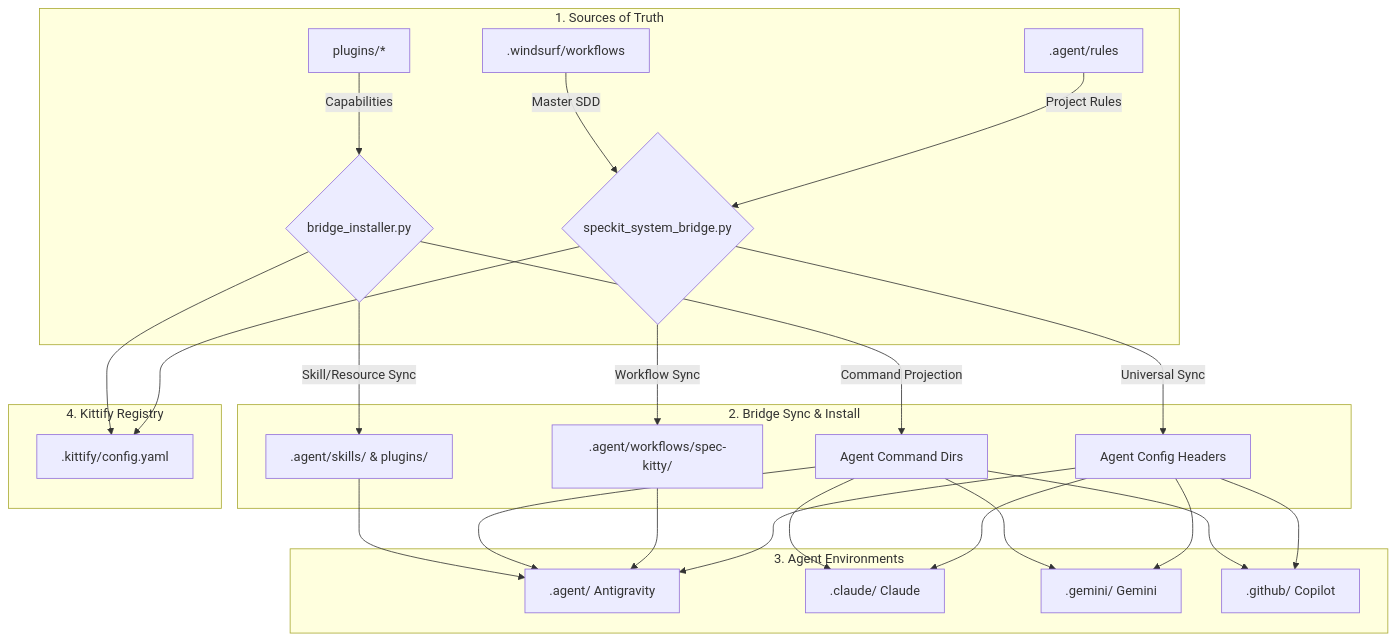
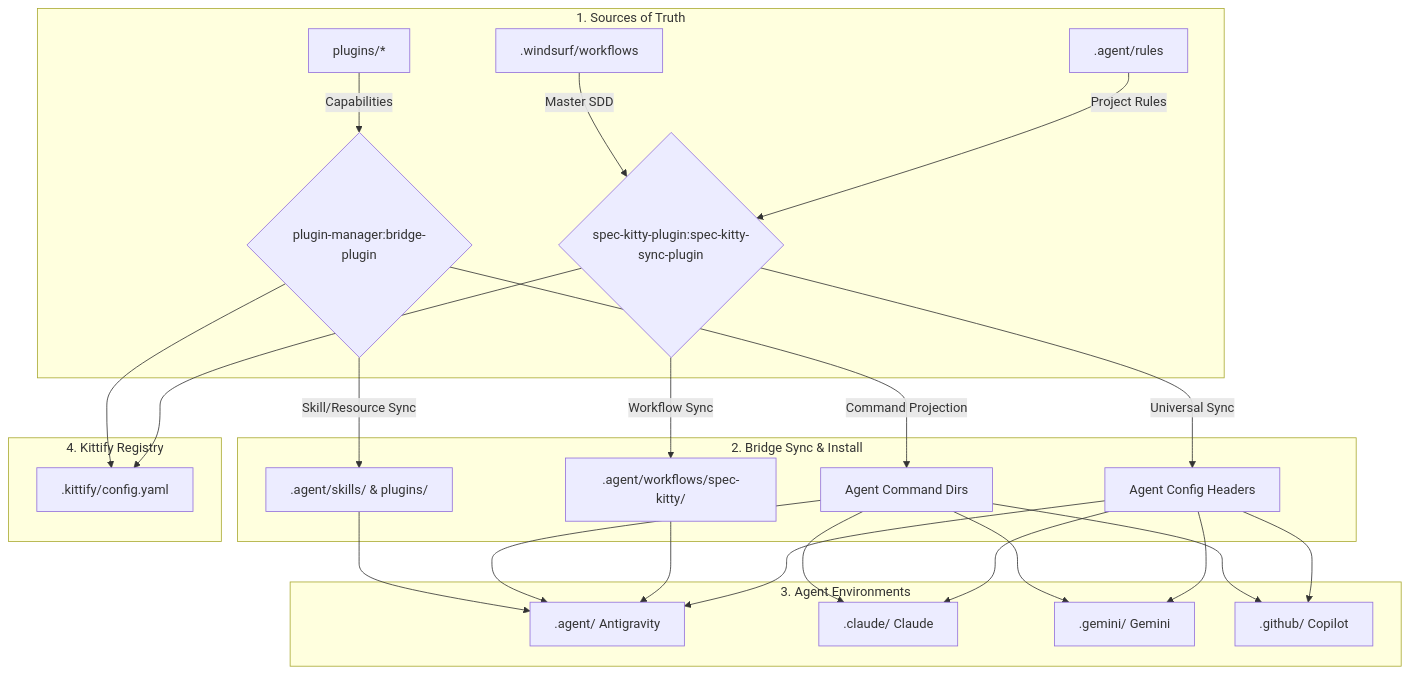
Before and after one commit to richfrem/agent-plugins-skills: the diagram in plugins/spec-kitty-plugin/skills/spec-kitty-agent/references/bridge_process.mmd, drawn with Mermaid. The commit also changed 85 other files, not shown here.

```diff
--- a/plugins/spec-kitty-plugin/skills/spec-kitty-agent/references/bridge_process.mmd
+++ b/plugins/spec-kitty-plugin/skills/spec-kitty-agent/references/bridge_process.mmd
@@ -1,25 +1,25 @@
 flowchart TD
     subgraph Sources [1. Sources of Truth]
-        A[.agent/rules] -->|Project Rules| B{speckit_system_bridge.py}
+        A[.agent/rules] -->|Project Rules| B{"spec-kitty-plugin:spec-kitty-sync-plugin"}
         W[.windsurf/workflows] -->|Master SDD| B
-        P[plugins/*] -->|Capabilities| C{bridge_installer.py}
+        P[plugins/*] -->|Capabilities| C{"plugin-manager:bridge-plugin"}
     end
 
     subgraph Sync [2. Bridge Sync & Install]
         B -->|Universal Sync| D[Agent Config Headers]
         B -->|Workflow Sync| E[.agent/workflows/spec-kitty/]
         
         C -->|Command Projection| F[Agent Command Dirs]
         C -->|Skill/Resource Sync| G[.agent/skills/ & plugins/]
     end
 
     subgraph Targets [3. Agent Environments]
         D & E & F & G --> H[.agent/ Antigravity]
         D & F --> I[.claude/ Claude]
         D & F --> J[.gemini/ Gemini]
         D & F --> K[.github/ Copilot]
     end
 
     subgraph Registry [4. Kittify Registry]
         B & C --> L[.kittify/config.yaml]
     end
```
